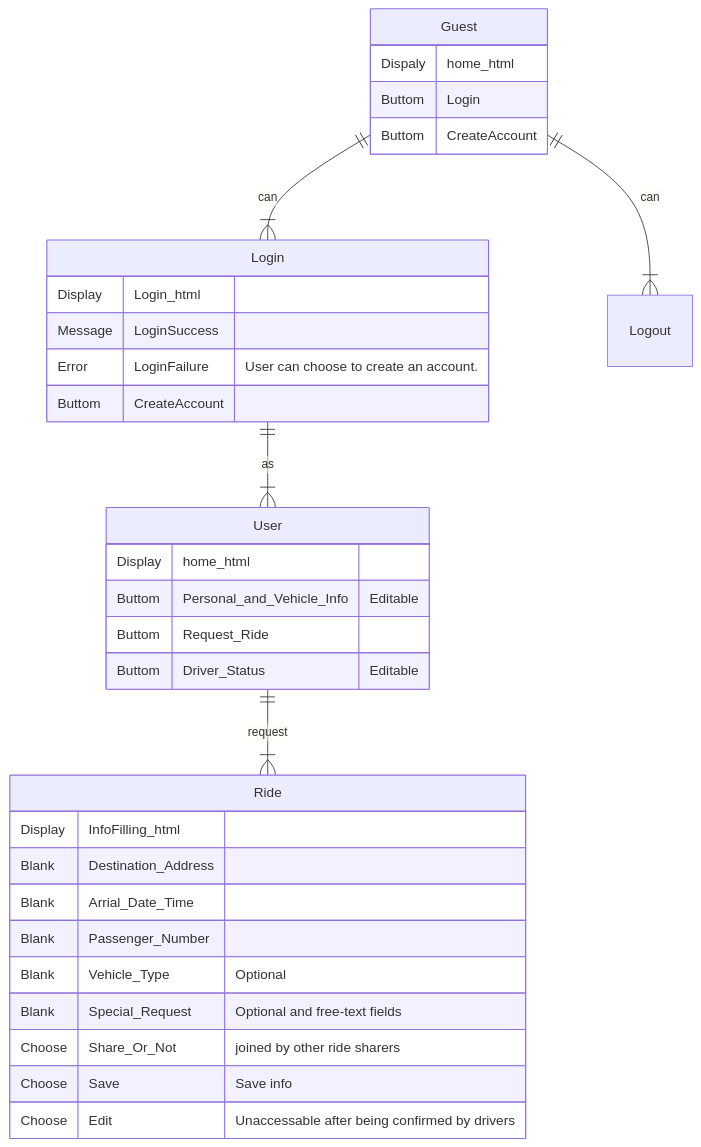
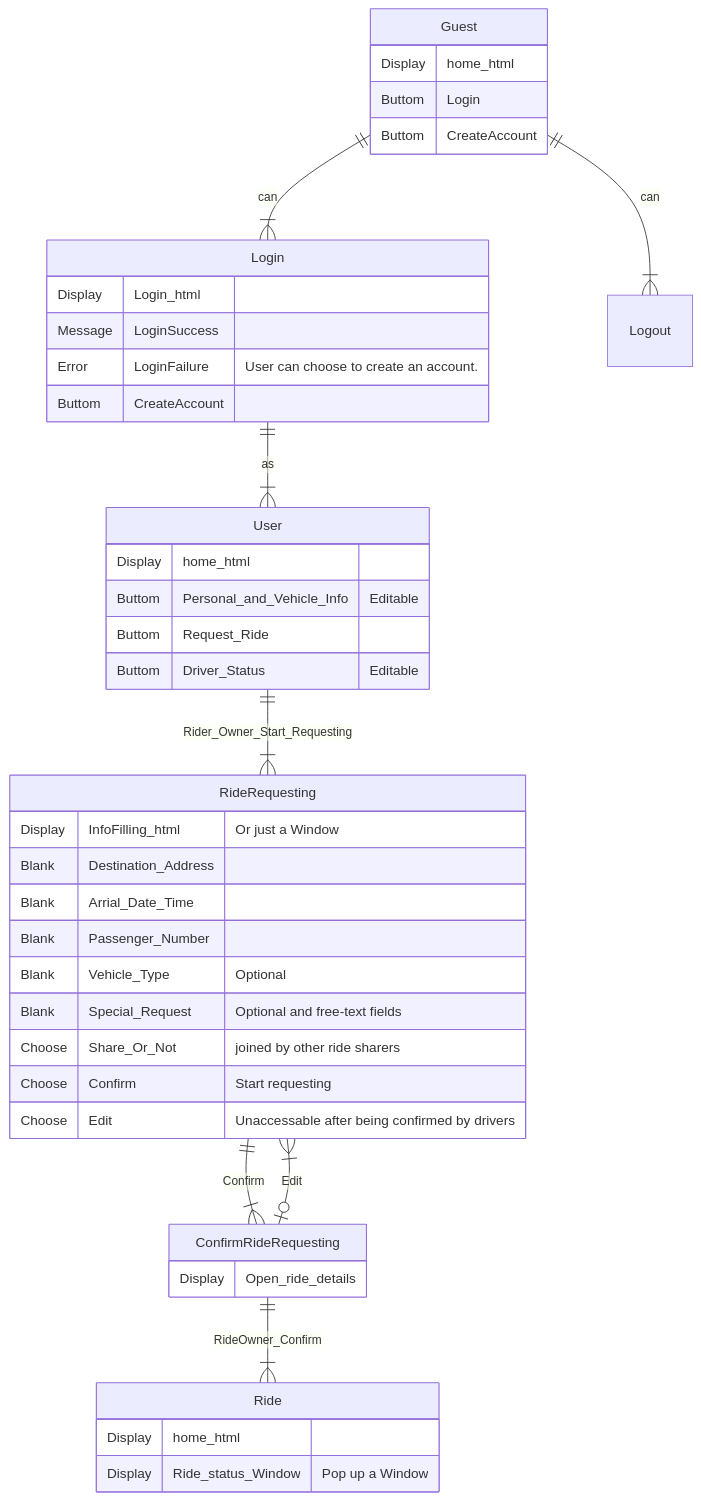
The diagram in README.md (YUME-FF/Web-APP_Ride-Sharing-Service), drawn with Mermaid before and after one commit.

````diff
--- a/README.md
+++ b/README.md
@@ -15,43 +15,49 @@
 ```mermaid
-  erDiagram
+erDiagram
 
     Guest ||--|{ Login : can
     Guest ||--|{ Logout : can
-    Login ||--|{ User : as
-    User ||--|{ Ride : request
-
     Guest {
-        Dispaly home_html
+        Display home_html
         Buttom Login
         Buttom CreateAccount 
     }
     Login{
         Display Login_html
         Message LoginSuccess
         Error LoginFailure "User can choose to create an account."
         Buttom CreateAccount
     }
+
+    Login ||--|{ User : as
     User{
         Display home_html
         Buttom Personal_and_Vehicle_Info "Editable"
         Buttom Request_Ride
         Buttom Driver_Status "Editable"
     }
-    Ride{
-        Display InfoFilling_html
+
+    User ||--|{ RideRequesting : Rider_Owner_Start_Requesting
+    RideRequesting{
+        Display InfoFilling_html "Or just a Window"
         Blank Destination_Address
         Blank Arrial_Date_Time
         Blank Passenger_Number
         Blank Vehicle_Type "Optional"
         Blank Special_Request "Optional and free-text fields"
         Choose Share_Or_Not "joined by other ride sharers"
-        Choose Save "Save info"
+        Choose Confirm "Start requesting"
         Choose Edit "Unaccessable after being confirmed by drivers"
+    }
+    RideRequesting ||--|{ ConfirmRideRequesting : Confirm
+    ConfirmRideRequesting |o--|{ RideRequesting : Edit
+    ConfirmRideRequesting{
+        Display Open_ride_details
+    }
+    ConfirmRideRequesting ||--|{ Ride : RideOwner_Confirm
+    Ride{
+        Display home_html
+        Display Ride_status_Window "Pop up a Window"
 
     }
-    
-
-
-
-
 ```
````
